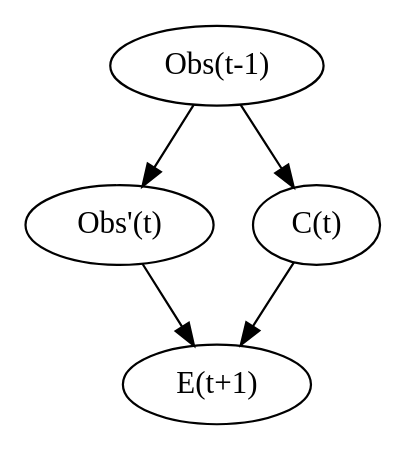
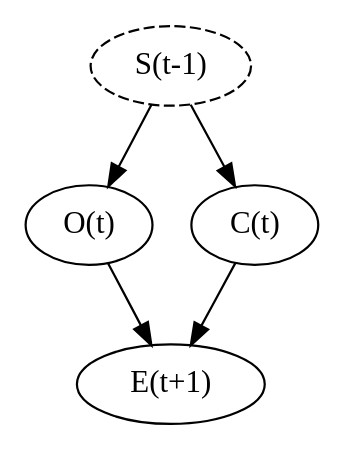
Before and after one commit to massma/causality-earth-science: the diagram in dot/observe-everything.dot, drawn with Graphviz. The commit also changed 5 other files, not shown here.

```diff
--- a/dot/observe-everything.dot
+++ b/dot/observe-everything.dot
@@ -1,15 +1,15 @@
 digraph G {
-	sMinus1[label="Obs(t-1)"];
+	sMinus1[label="S(t-1)", style="dashed"];
 
-	s[label="Obs'(t)"];
+	o[label="O(t)"];
 	c[label="C(t)"];
 
 	e[label="E(t+1)"];
 
-	sMinus1 -> s;
+	sMinus1 -> o;
 	sMinus1 -> c;
 
-	s -> e;
+	o -> e;
 	c -> e;
 
 }
```
